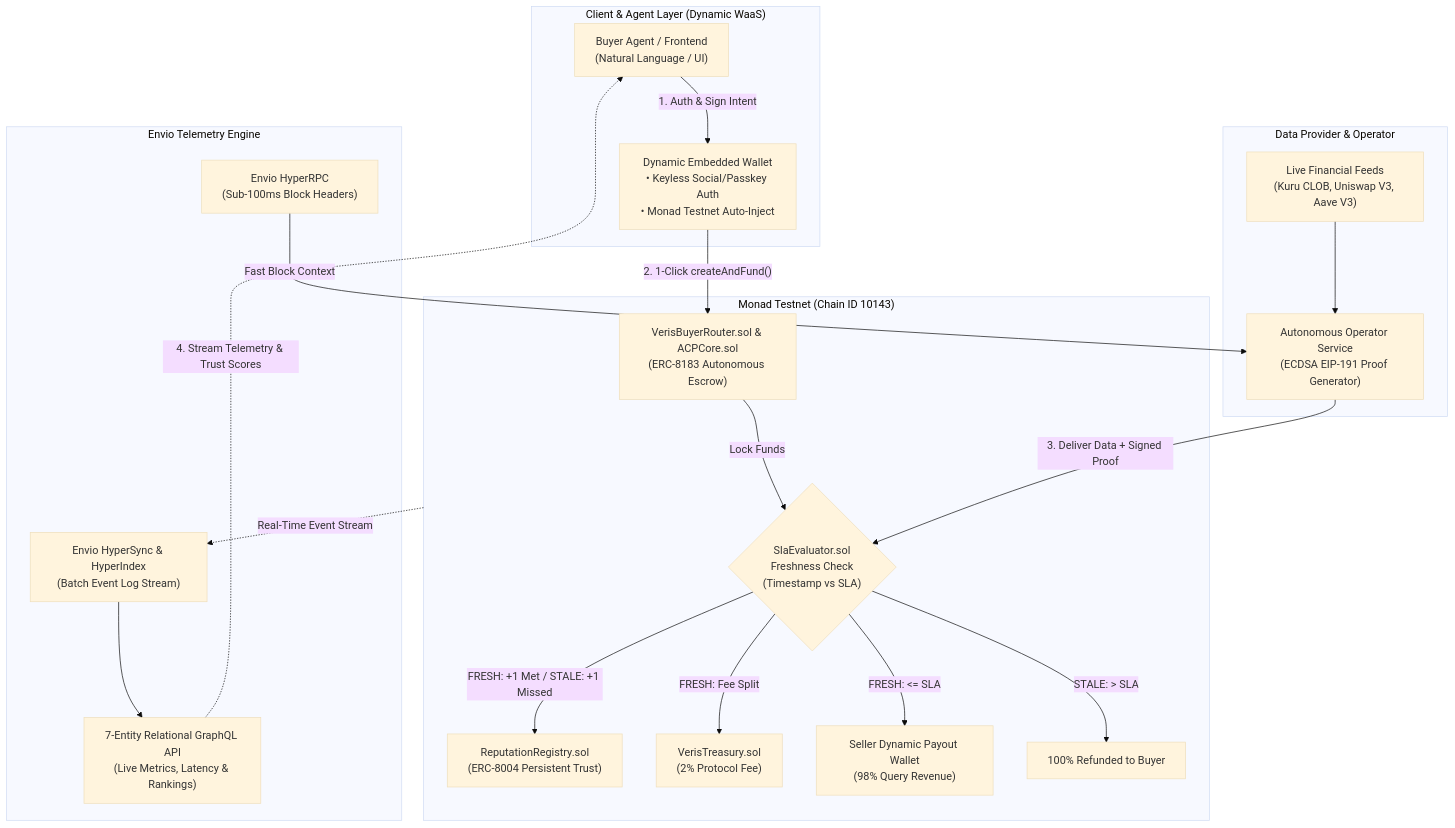
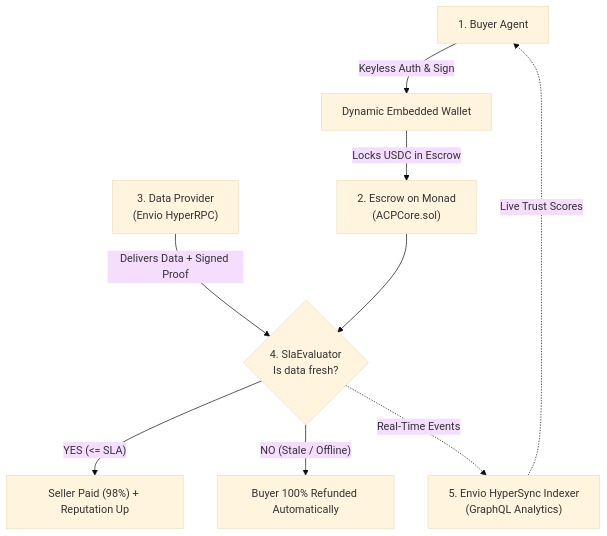
Before and after one commit to Ultraviolet01/Veris: the diagram in README.md, drawn with Mermaid (base theme). The commit also changed other lines of this file, not shown here.

Commit message:
docs: simplify system architecture mermaid diagram

````diff
--- a/README.md
+++ b/README.md
@@ -49,42 +49,14 @@
 ```mermaid
-flowchart TD
-    subgraph Client["Client & Agent Layer (Dynamic WaaS)"]
-        Buyer["Buyer Agent / Frontend<br>(Natural Language / UI)"]
-        Dynamic["Dynamic Embedded Wallet<br>• Keyless Social/Passkey Auth<br>• Monad Testnet Auto-Inject"]
-        Buyer -->|"1. Auth & Sign Intent"| Dynamic
-    end
-
-    subgraph OnChain["Monad Testnet (Chain ID 10143)"]
-        Router["VerisBuyerRouter.sol & ACPCore.sol<br>(ERC-8183 Autonomous Escrow)"]
-        Evaluator{"SlaEvaluator.sol<br>Freshness Check<br>(Timestamp vs SLA)"}
-        Reputation["ReputationRegistry.sol<br>(ERC-8004 Persistent Trust)"]
-        Treasury["VerisTreasury.sol<br>(2% Protocol Fee)"]
-        SellerWallet["Seller Dynamic Payout Wallet<br>(98% Query Revenue)"]
-
-        Router -->|"Lock Funds"| Evaluator
-        Evaluator -->|"FRESH: <= SLA"| SellerWallet
-        Evaluator -->|"FRESH: Fee Split"| Treasury
-        Evaluator -->|"FRESH: +1 Met / STALE: +1 Missed"| Reputation
-        Evaluator -->|"STALE: > SLA"| Refund["100% Refunded to Buyer"]
-    end
-
-    subgraph Provider["Data Provider & Operator"]
-        DataSources["Live Financial Feeds<br>(Kuru CLOB, Uniswap V3, Aave V3)"]
-        Operator["Autonomous Operator Service<br>(ECDSA EIP-191 Proof Generator)"]
-        DataSources --> Operator
-    end
-
-    subgraph Envio["Envio Telemetry Engine"]
-        HyperRPC["Envio HyperRPC<br>(Sub-100ms Block Headers)"]
-        HyperSync["Envio HyperSync & HyperIndex<br>(Batch Event Log Stream)"]
-        GraphQL["7-Entity Relational GraphQL API<br>(Live Metrics, Latency & Rankings)"]
-
-        HyperRPC -->|"Fast Block Context"| Operator
-        HyperSync --> GraphQL
-    end
-
-    Dynamic -->|"2. 1-Click createAndFund()"| Router
-    Operator -->|"3. Deliver Data + Signed Proof"| Evaluator
-    OnChain -.->|"Real-Time Event Stream"| HyperSync
-    GraphQL -.->|"4. Stream Telemetry & Trust Scores"| Buyer
+graph TD
+    A["1. Buyer Agent"] -->|"Keyless Auth & Sign"| DYN["Dynamic Embedded Wallet"]
+    DYN -->|"Locks USDC in Escrow"| B["2. Escrow on Monad<br>(ACPCore.sol)"]
+    
+    C["3. Data Provider<br>(Envio HyperRPC)"] -->|"Delivers Data + Signed Proof"| D{"4. SlaEvaluator<br>Is data fresh?"}
+    B --> D
+    
+    D -->|"YES (<= SLA)"| E["Seller Paid (98%) + Reputation Up"]
+    D -->|"NO (Stale / Offline)"| F["Buyer 100% Refunded Automatically"]
+    
+    D -.->|"Real-Time Events"| ENV["5. Envio HyperSync Indexer<br>(GraphQL Analytics)"]
+    ENV -.->|"Live Trust Scores"| A
 ```
````
